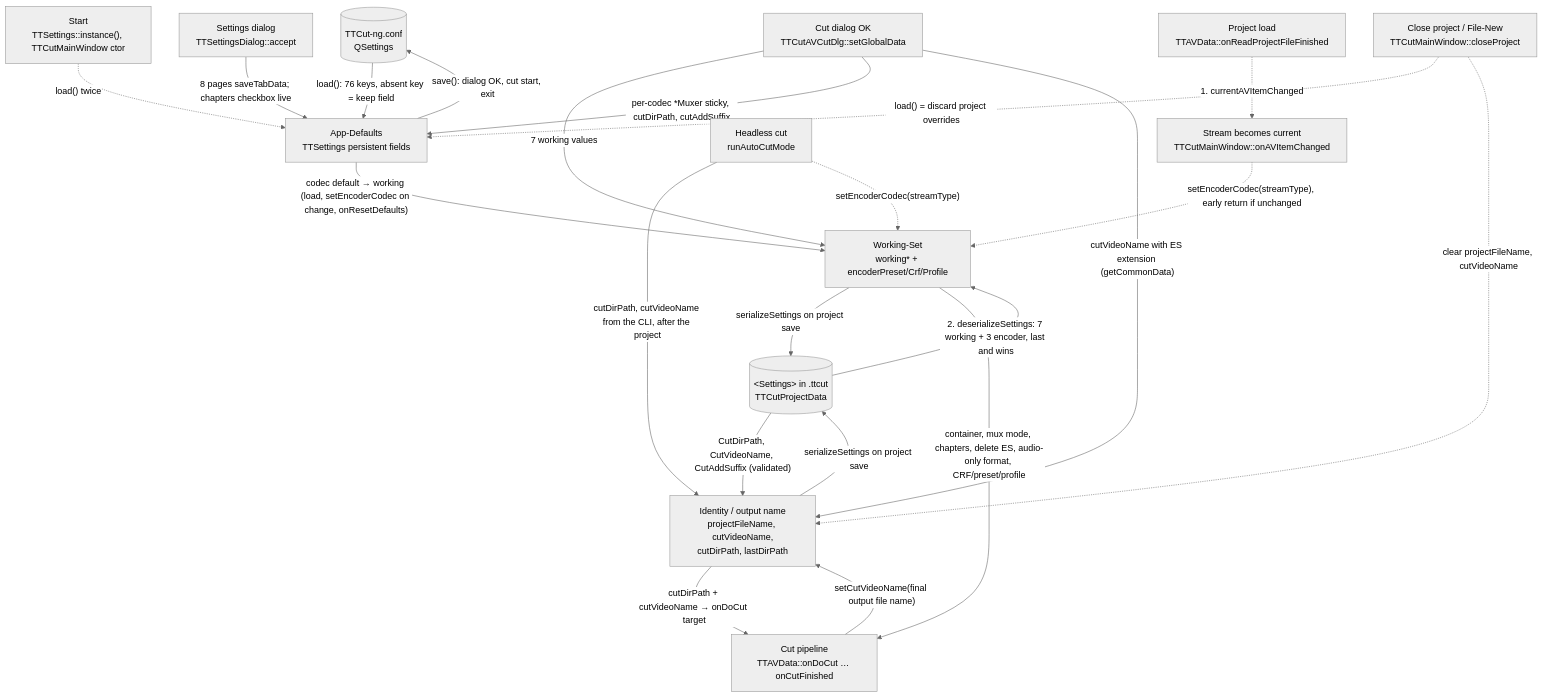
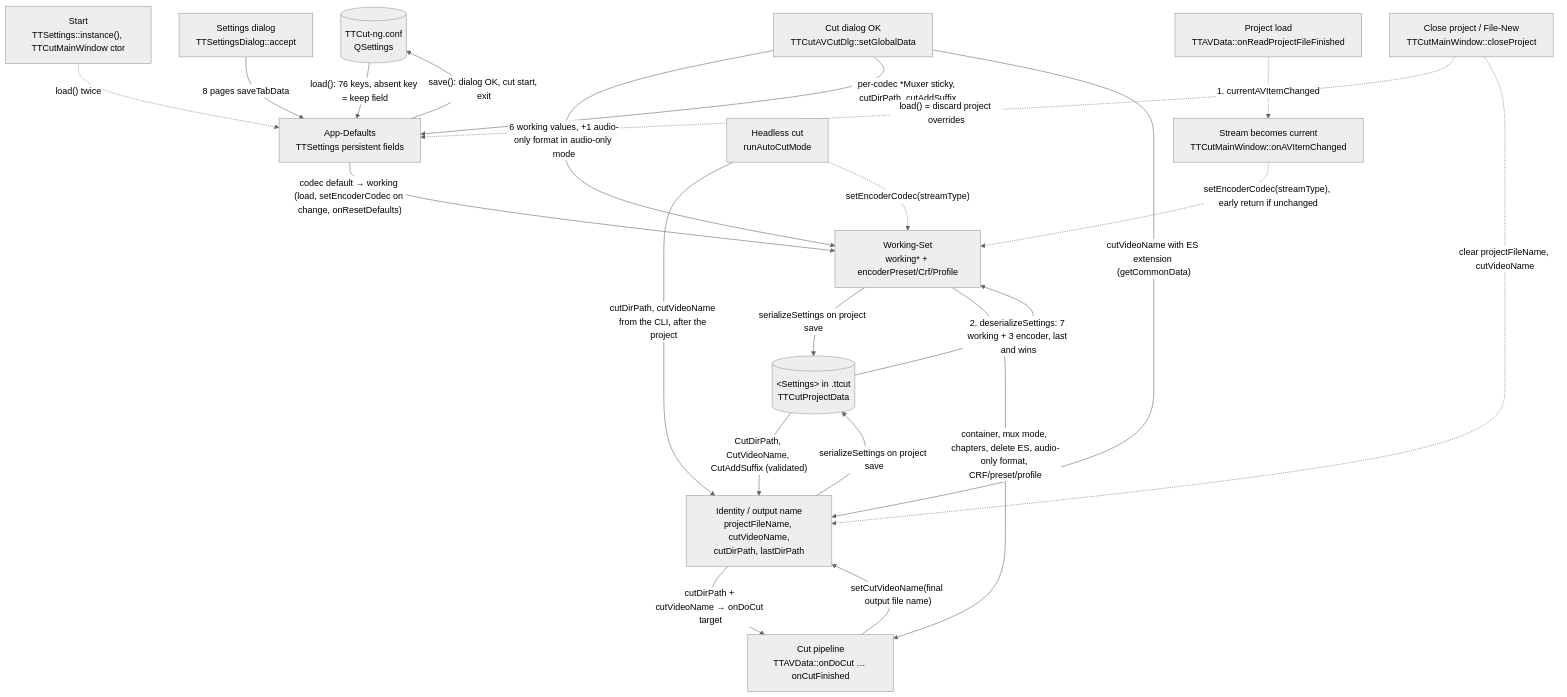
One commit to MINIXJR/TTCut-ng changed the diagram in docs/code-map/settings-state.md. Above: the diagram before and after it, drawn with Mermaid (neutral theme). The commit also changed other lines of this file and 22 other files, not shown here.

````diff
--- a/docs/code-map/settings-state.md
+++ b/docs/code-map/settings-state.md
@@ -63,38 +65,38 @@
 ```mermaid
 flowchart TD
     QS[("TTCut-ng.conf<br/>QSettings")]
     DEF["App-Defaults<br/>TTSettings persistent fields"]
     WORK["Working-Set<br/>working* + encoderPreset/Crf/Profile"]
     ID["Identity / output name<br/>projectFileName, cutVideoName,<br/>cutDirPath, lastDirPath"]
     PRJ[("&lt;Settings&gt; in .ttcut<br/>TTCutProjectData")]
     START["Start<br/>TTSettings::instance(), TTCutMainWindow ctor"]
     SDLG["Settings dialog<br/>TTSettingsDialog::accept"]
     OPEN["Stream becomes current<br/>TTCutMainWindow::onAVItemChanged"]
     PLOAD["Project load<br/>TTAVData::onReadProjectFileFinished"]
     CDLG["Cut dialog OK<br/>TTCutAVCutDlg::setGlobalData"]
     PIPE["Cut pipeline<br/>TTAVData::onDoCut … onCutFinished"]
     CLOSE["Close project / File-New<br/>TTCutMainWindow::closeProject"]
     HEAD["Headless cut<br/>runAutoCutMode"]
 
     START -.->|"load() twice"| DEF
     QS -->|"load(): 76 keys, absent key = keep field"| DEF
     DEF -->|"save(): dialog OK, cut start, exit"| QS
     DEF -->|"codec default → working (load, setEncoderCodec on change, onResetDefaults)"| WORK
-    SDLG -->|"8 pages saveTabData; chapters checkbox live"| DEF
+    SDLG -->|"8 pages saveTabData"| DEF
     OPEN -.->|"setEncoderCodec(streamType), early return if unchanged"| WORK
     PLOAD -.->|"1. currentAVItemChanged"| OPEN
     PRJ -->|"2. deserializeSettings: 7 working + 3 encoder, last and wins"| WORK
     PRJ -->|"CutDirPath, CutVideoName, CutAddSuffix (validated)"| ID
     WORK -->|"serializeSettings on project save"| PRJ
     ID -->|"serializeSettings on project save"| PRJ
-    CDLG -->|"7 working values"| WORK
+    CDLG -->|"6 working values, +1 audio-only format in audio-only mode"| WORK
     CDLG -->|"per-codec *Muxer sticky, cutDirPath, cutAddSuffix"| DEF
     CDLG -->|"cutVideoName with ES extension (getCommonData)"| ID
     WORK -->|"container, mux mode, chapters, delete ES, audio-only format, CRF/preset/profile"| PIPE
     ID -->|"cutDirPath + cutVideoName → onDoCut target"| PIPE
     PIPE -->|"setCutVideoName(final output file name)"| ID
     CLOSE -.->|"load() = discard project overrides"| DEF
     CLOSE -.->|"clear projectFileName, cutVideoName"| ID
     HEAD -->|"cutDirPath, cutVideoName from the CLI, after the project"| ID
     HEAD -.->|"setEncoderCodec(streamType)"| WORK
 ```
````
